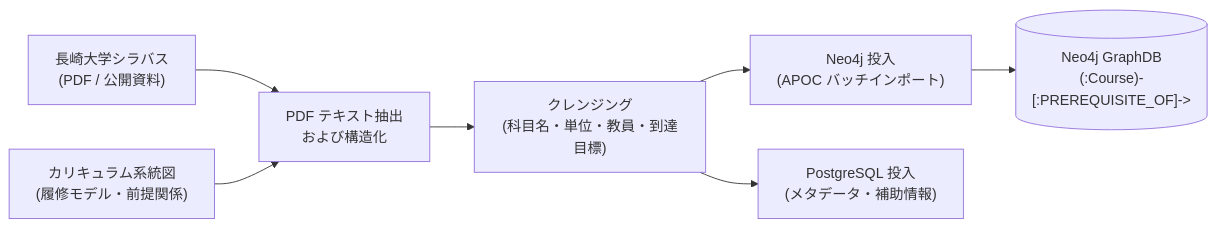
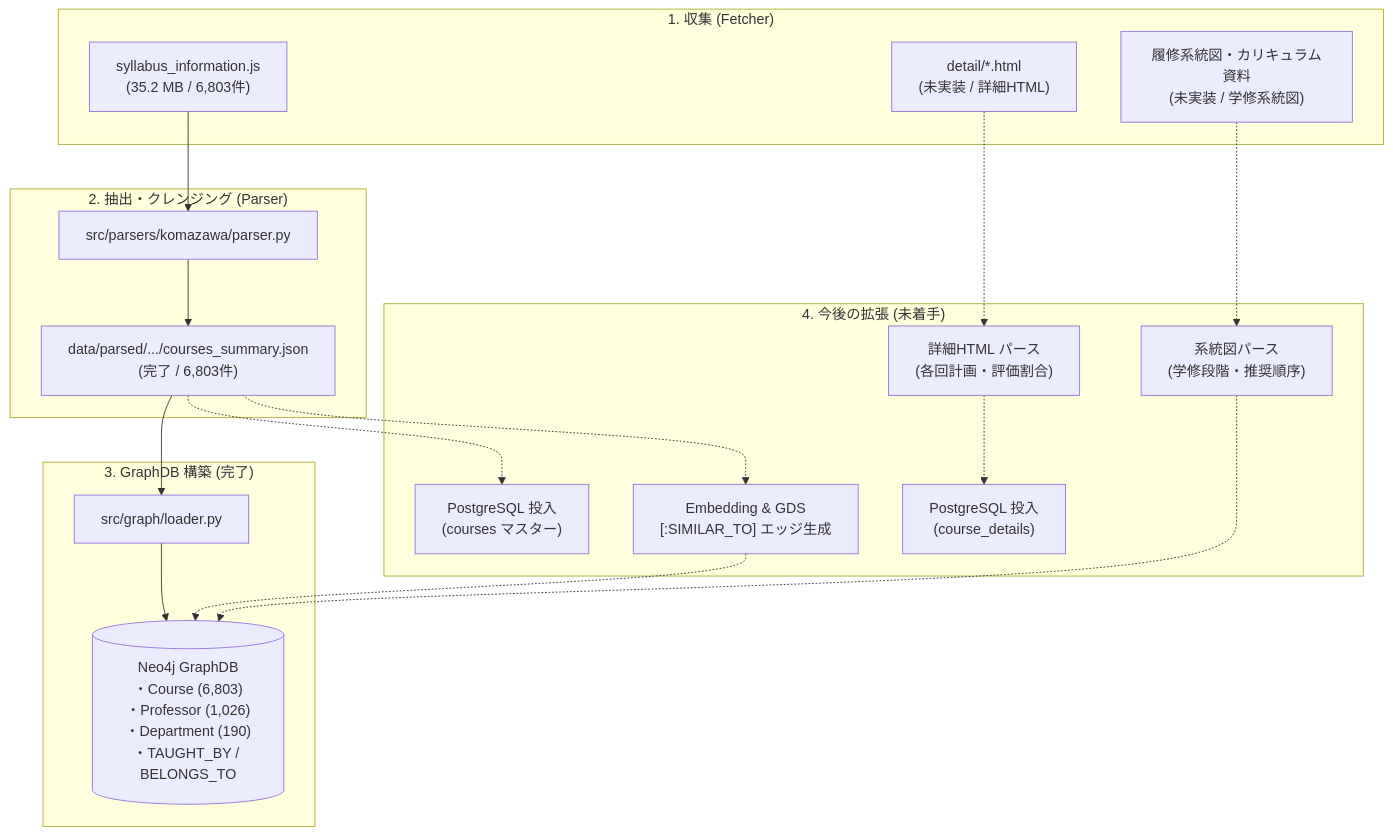
One commit to cyanosome/course-navigator changed the diagram in ingestion/README.md. Above: the diagram before and after it, drawn with Mermaid. The commit also changed other lines of this file, not shown here.

````diff
--- a/ingestion/README.md
+++ b/ingestion/README.md
@@ -59,9 +105,30 @@
 ```mermaid
-flowchart LR
-    PDF["長崎大学シラバス<br/>(PDF / 公開資料)"] --> Parse["PDF テキスト抽出<br/>および構造化"]
-    Map["カリキュラム系統図<br/>(履修モデル・前提関係)"] --> Parse
-    Parse --> Clean["クレンジング<br/>(科目名・単位・教員・到達目標)"]
-    Clean --> LoadNeo4j["Neo4j 投入<br/>(APOC バッチインポート)"]
-    Clean --> LoadPG["PostgreSQL 投入<br/>(メタデータ・補助情報)"]
-    LoadNeo4j --> Graph[("Neo4j GraphDB<br/>(:Course)-[:PREREQUISITE_OF]->")]
+flowchart TD
+    subgraph Extract["1. 収集 (Fetcher)"]
+        RawJS["syllabus_information.js<br/>(35.2 MB / 6,803件)"]
+        RawHTML["detail/*.html<br/>(未実装 / 詳細HTML)"]
+        RawTree["履修系統図・カリキュラム資料<br/>(未実装 / 学修系統図)"]
+    end
+
+    subgraph Transform["2. 抽出・クレンジング (Parser)"]
+        Parser["src/parsers/komazawa/parser.py"]
+        RawJS --> Parser
+        SummaryJSON["data/parsed/.../courses_summary.json<br/>(完了 / 6,803件)"]
+        Parser --> SummaryJSON
+    end
+
+    subgraph LoadGraph["3. GraphDB 構築 (完了)"]
+        SummaryJSON --> Loader["src/graph/loader.py"]
+        Loader --> Neo4j[("Neo4j GraphDB<br/>・Course (6,803)<br/>・Professor (1,026)<br/>・Department (190)<br/>・TAUGHT_BY / BELONGS_TO")]
+    end
+
+    subgraph Pending["4. 今後の拡張 (未着手)"]
+        SummaryJSON -.-> LoadPG["PostgreSQL 投入<br/>(courses マスター)"]
+        RawHTML -.-> DetailParser["詳細HTML パース<br/>(各回計画・評価割合)"]
+        DetailParser -.-> PG_Detail["PostgreSQL 投入<br/>(course_details)"]
+        RawTree -.-> TreeParser["系統図パース<br/>(学修段階・推奨順序)"]
+        TreeParser -.-> Neo4j
+        SummaryJSON -.-> Embed["Embedding & GDS<br/>[:SIMILAR_TO] エッジ生成"]
+        Embed -.-> Neo4j
+    end
 ```
````
